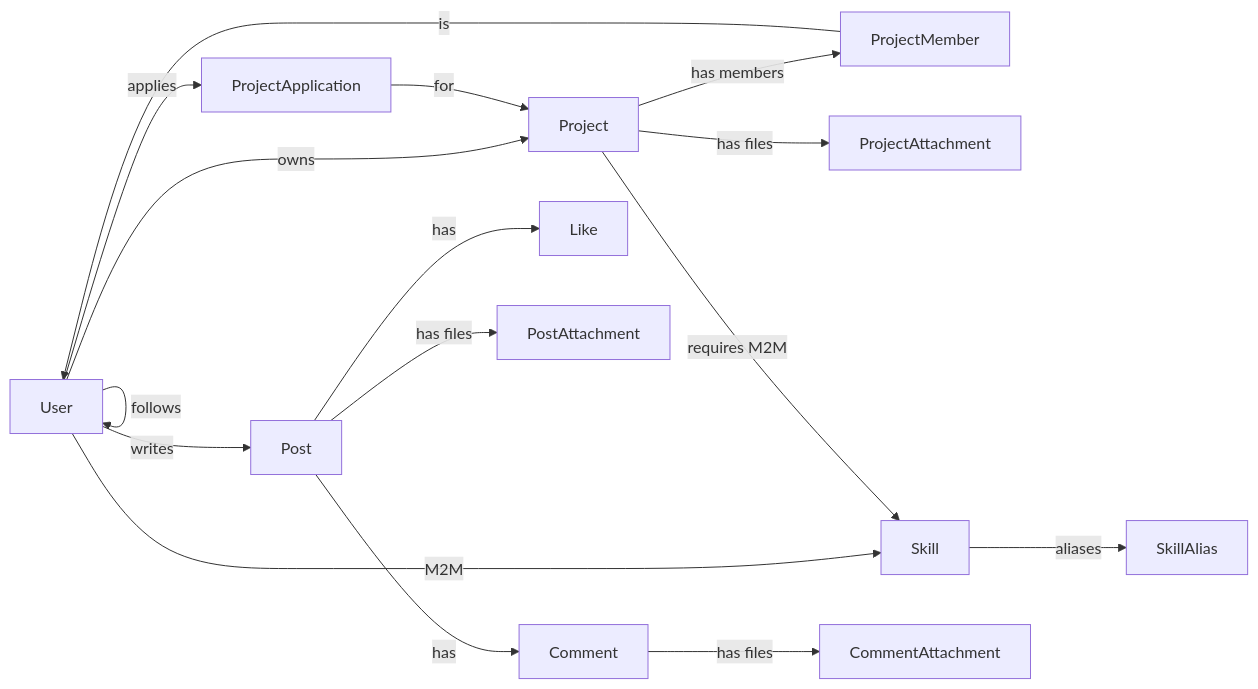
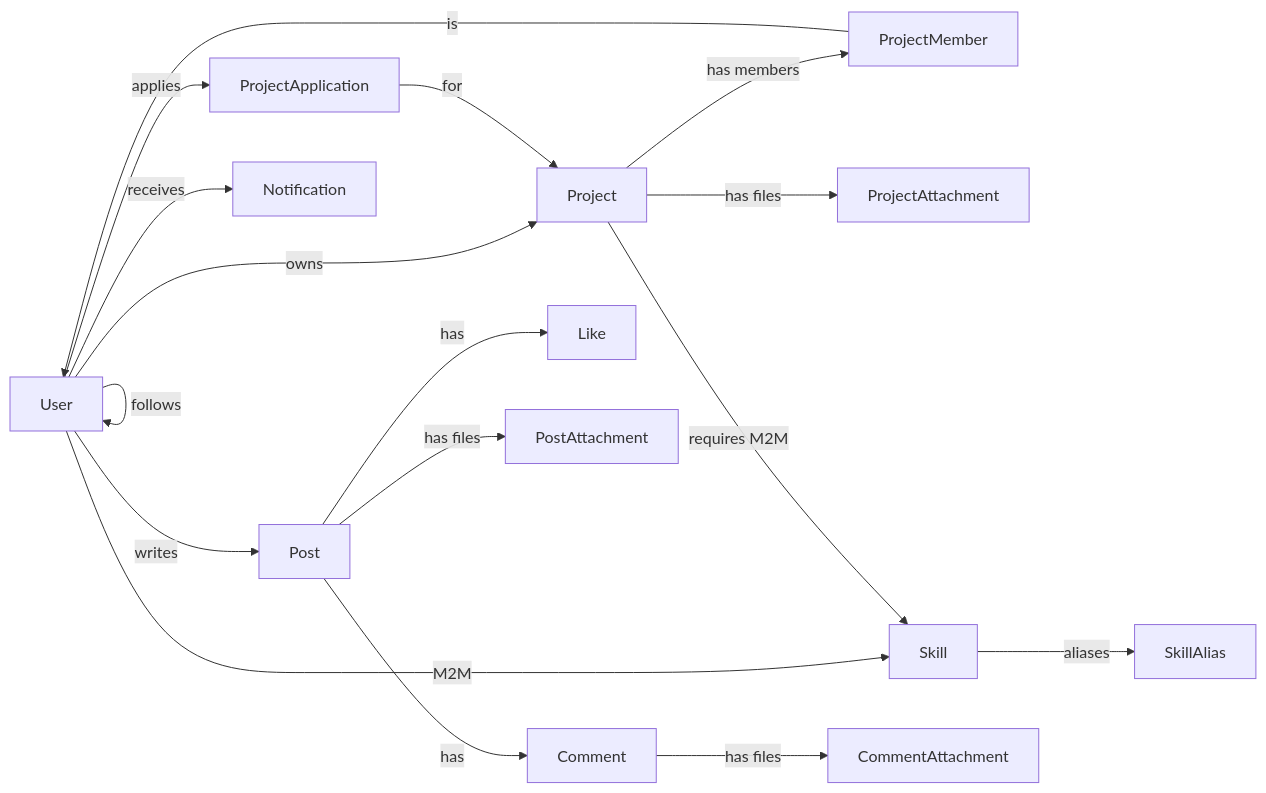
One commit to filira201/SocPro changed the diagram in .cursor/rules/domain-model.mdc. Above: the diagram before and after it, drawn with Mermaid. The commit also changed other lines of this file and 23 other files, not shown here.

````diff
--- a/.cursor/rules/domain-model.mdc
+++ b/.cursor/rules/domain-model.mdc
@@ -28,18 +29,19 @@
 ```mermaid
 flowchart LR
   User -- "owns" --> Project
   User -- "applies" --> ProjectApplication
   ProjectApplication -- "for" --> Project
   Project -- "has members" --> ProjectMember
   Project -- "has files" --> ProjectAttachment
   ProjectMember -- "is" --> User
   User -- "M2M" --> Skill
   Project -- "requires M2M" --> Skill
   Skill -- "aliases" --> SkillAlias
   User -- "writes" --> Post
   Post -- "has" --> Comment
   Post -- "has" --> Like
   Post -- "has files" --> PostAttachment
   Comment -- "has files" --> CommentAttachment
   User -- "follows" --> User
+  User -- "receives" --> Notification
 ```
````
